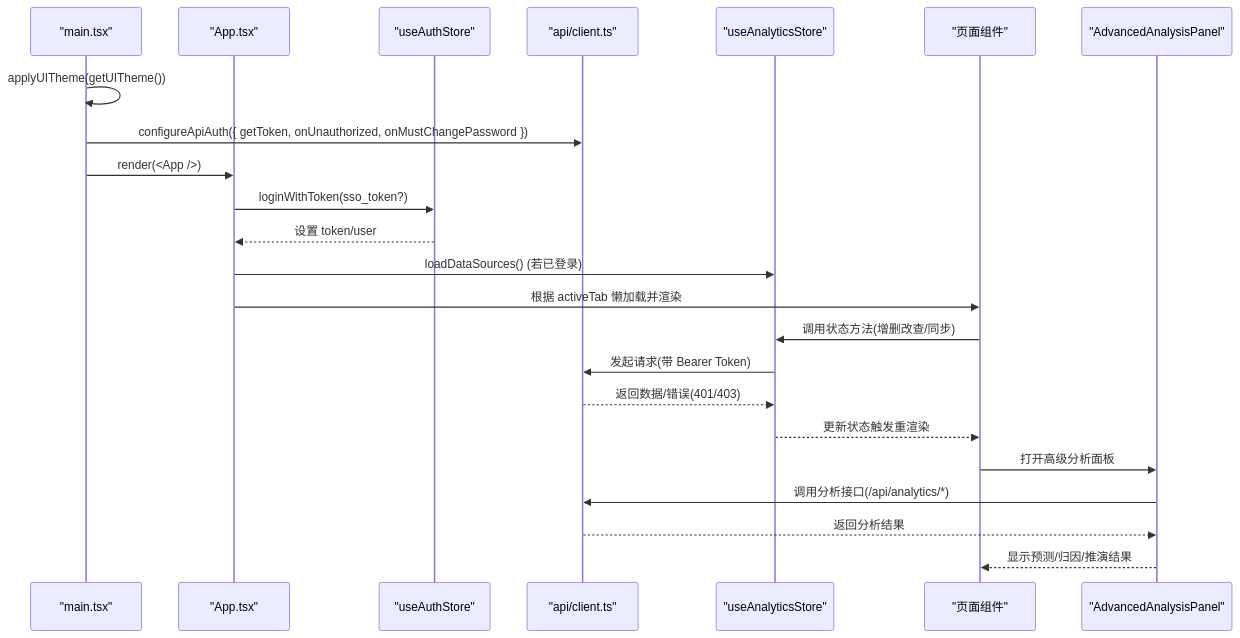
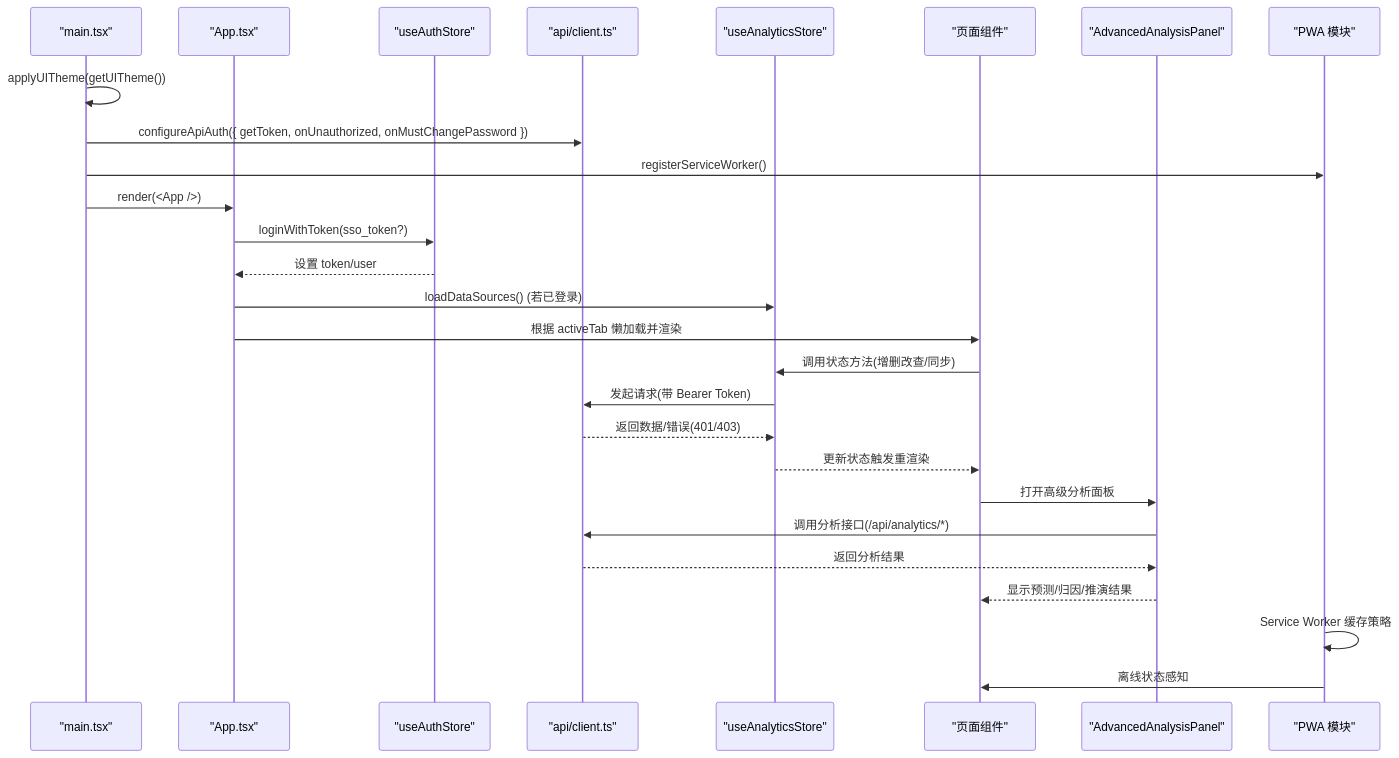
Before and after one commit to dgjin/smart-data-analytics: the second of 15 diagrams in .qoder/repowiki/zh/content/前端应用/前端应用.md, drawn with Mermaid. The commit also changed other lines of this file and 146 other files, not shown here.

````diff
--- a/.qoder/repowiki/zh/content/前端应用/前端应用.md
+++ b/.qoder/repowiki/zh/content/前端应用/前端应用.md
@@ -190,25 +211,29 @@
 ```mermaid
 sequenceDiagram
 participant Boot as "main.tsx"
 participant Root as "App.tsx"
 participant Auth as "useAuthStore"
 participant API as "api/client.ts"
 participant Store as "useAnalyticsStore"
 participant Page as "页面组件"
 participant Analysis as "AdvancedAnalysisPanel"
+participant PWA as "PWA 模块"
 Boot->>Boot : applyUITheme(getUITheme())
 Boot->>API : configureApiAuth({ getToken, onUnauthorized, onMustChangePassword })
+Boot->>PWA : registerServiceWorker()
 Boot->>Root : render(<App />)
 Root->>Auth : loginWithToken(sso_token?)
 Auth-->>Root : 设置 token/user
 Root->>Store : loadDataSources() (若已登录)
 Root->>Page : 根据 activeTab 懒加载并渲染
 Page->>Store : 调用状态方法(增删改查/同步)
 Store->>API : 发起请求(带 Bearer Token)
 API-->>Store : 返回数据/错误(401/403)
 Store-->>Page : 更新状态触发重渲染
 Page->>Analysis : 打开高级分析面板
 Analysis->>API : 调用分析接口(/api/analytics/*)
 API-->>Analysis : 返回分析结果
 Analysis-->>Page : 显示预测/归因/推演结果
+PWA->>PWA : Service Worker 缓存策略
+PWA->>Page : 离线状态感知
 ```
````
